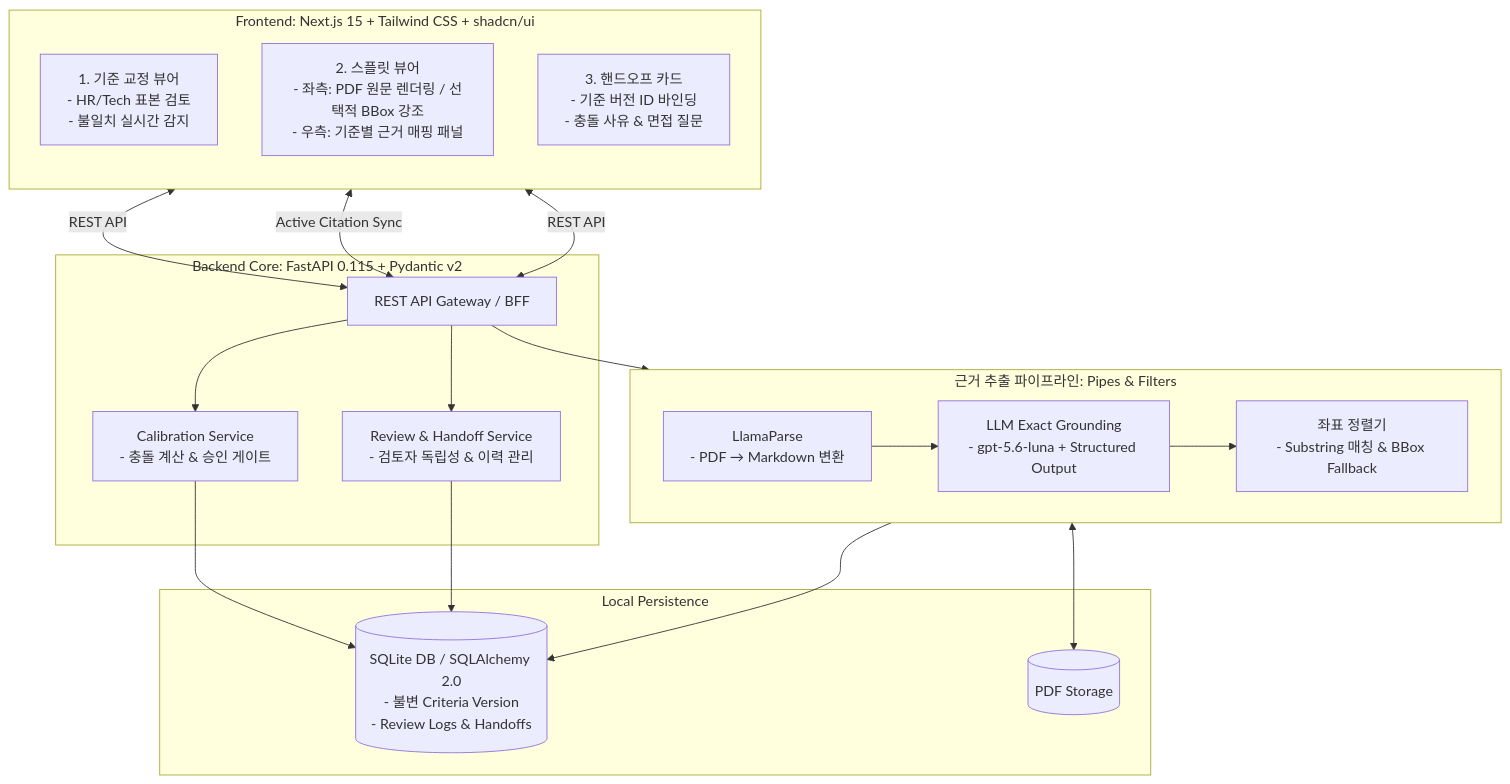
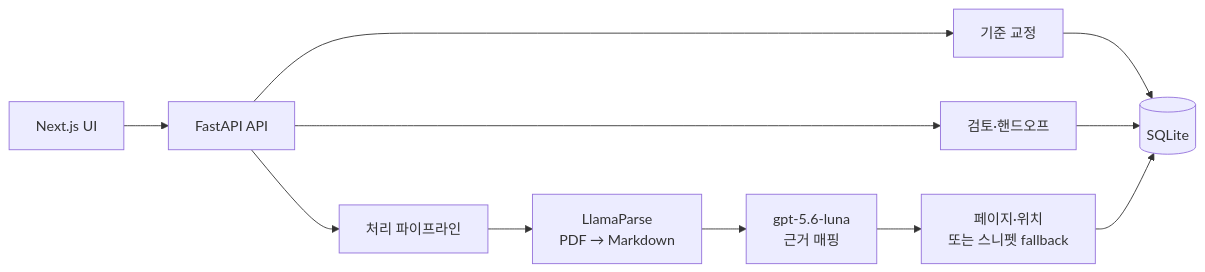
Before and after one commit to CSshk113/BLDT_BMAD: the diagram in _bmad-output/planning-artifacts/architecture/architecture-Zero100_Builderthon-2026-08-26/PRESENTATION-SYSTEM-DESIGN.md, drawn with Mermaid. The commit also changed other lines of this file and 21 other files, not shown here.

````diff
--- a/_bmad-output/planning-artifacts/architecture/architecture-Zero100_Builderthon-2026-08-26/PRESENTATION-SYSTEM-DESIGN.md
+++ b/_bmad-output/planning-artifacts/architecture/architecture-Zero100_Builderthon-2026-08-26/PRESENTATION-SYSTEM-DESIGN.md
@@ -21,54 +14,13 @@
 ```mermaid
-flowchart TB
-    subgraph UI [Frontend: Next.js 15 + Tailwind CSS + shadcn/ui]
-        direction TB
-        CALIB_UI[1. 기준 교정 뷰어
-- HR/Tech 표본 검토
-- 불일치 실시간 감지]
-        SPLIT_UI[2. 스플릿 뷰어
-- 좌측: PDF 원문 렌더링 / 선택적 BBox 강조
-- 우측: 기준별 근거 매핑 패널]
-        HANDOFF_UI[3. 핸드오프 카드
-- 기준 버전 ID 바인딩
-- 충돌 사유 & 면접 질문]
-    end
-
-    subgraph API [Backend Core: FastAPI 0.115 + Pydantic v2]
-        ROUTER[REST API Gateway / BFF]
-        CALIB_SVC[Calibration Service
-- 충돌 계산 & 승인 게이트]
-        REVIEW_SVC[Review & Handoff Service
-- 검토자 독립성 & 이력 관리]
-    end
-
-    subgraph PIPELINE [근거 추출 파이프라인: Pipes & Filters]
-        PDF_PARSER[LlamaParse
-- PDF → Markdown 변환]
-        LLM_GROUND[LLM Exact Grounding
-- gpt-5.6-luna + Structured Output]
-        COORD_ALIGN[좌표 정렬기
-- Substring 매칭 & BBox Fallback]
-        
-        PDF_PARSER --> LLM_GROUND --> COORD_ALIGN
-    end
-
-    subgraph STORAGE [Local Persistence]
-        DB[(SQLite DB / SQLAlchemy 2.0
-- 불변 Criteria Version
-- Review Logs & Handoffs)]
-        PDF_FILES[(PDF Storage)]
-    end
-
-    CALIB_UI <-->|REST API| ROUTER
-    SPLIT_UI <-->|Active Citation Sync| ROUTER
-    HANDOFF_UI <-->|REST API| ROUTER
-
-    ROUTER --> CALIB_SVC
-    ROUTER --> REVIEW_SVC
-    ROUTER --> PIPELINE
-
-    CALIB_SVC --> DB
-    REVIEW_SVC --> DB
-    PIPELINE --> DB
-    PIPELINE <--> PDF_FILES
+flowchart LR
+    UI[Next.js UI] --> API[FastAPI API]
+    API --> CALIB[기준 교정]
+    API --> REVIEW[검토·핸드오프]
+    API --> PIPE[처리 파이프라인]
+    PIPE --> PARSE[LlamaParse<br/>PDF → Markdown]
+    PARSE --> LLM[gpt-5.6-luna<br/>근거 매핑]
+    LLM --> FALLBACK[페이지·위치<br/>또는 스니펫 fallback]
+    CALIB --> DB[(SQLite)]
+    REVIEW --> DB
+    FALLBACK --> DB
 ```
````
